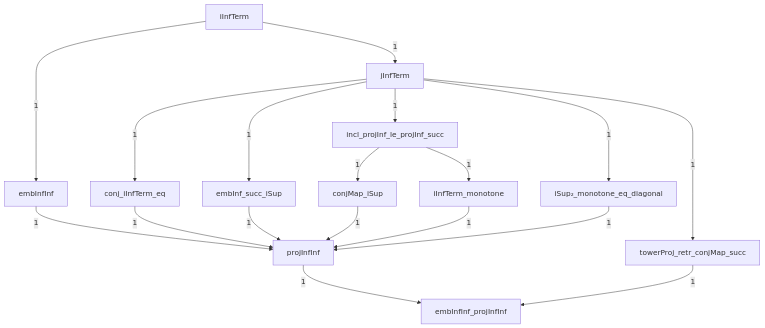
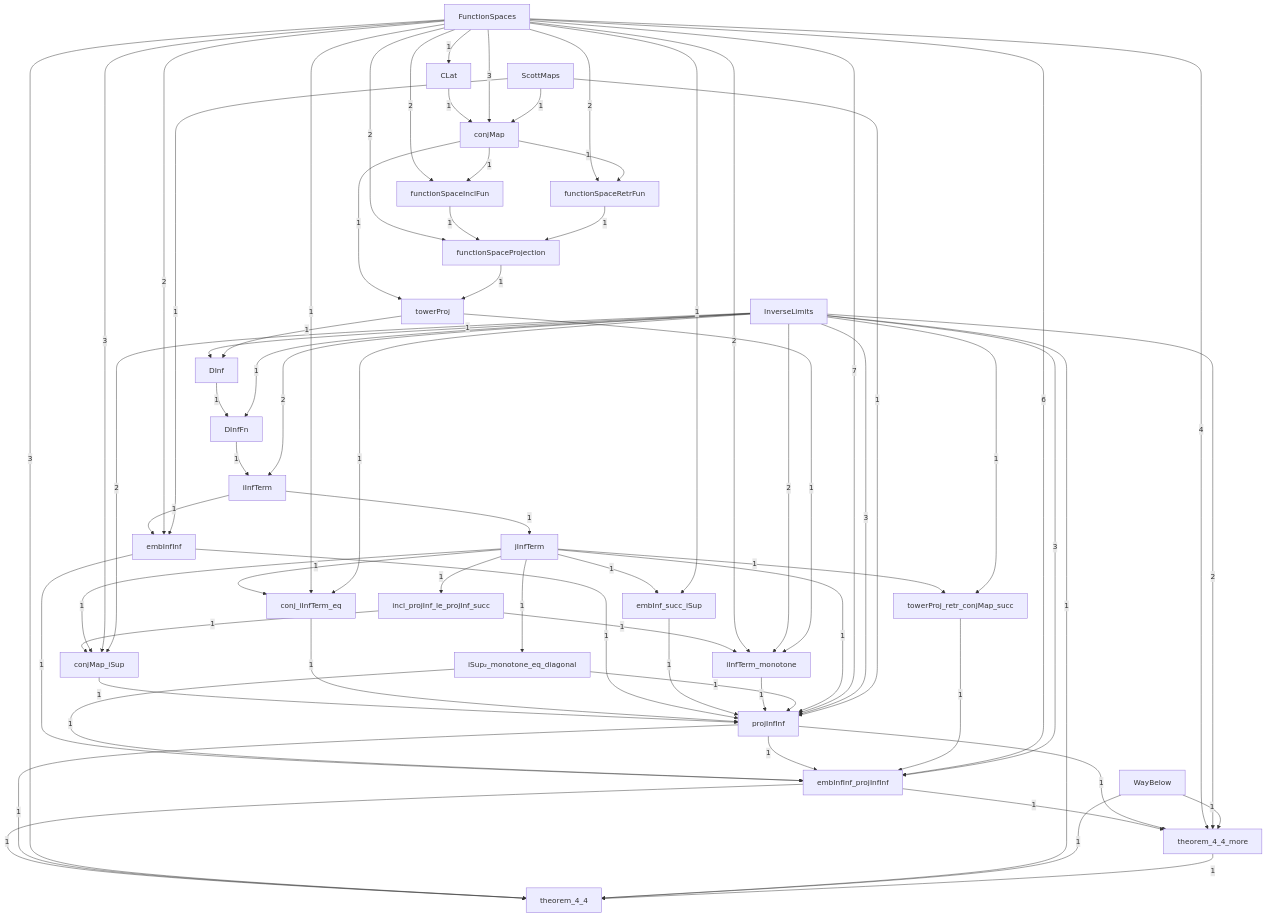
The diagram in DomainTheory/ContinuousLattice/FunctionSpaceTower/1972_Limit_function_space_inverse.mermaid (catskillsresearch/DomainTheory), drawn with Mermaid before and after one commit. The commit also changed 54 other files, not shown here.

```diff
--- a/DomainTheory/ContinuousLattice/FunctionSpaceTower/1972_Limit_function_space_inverse.mermaid
+++ b/DomainTheory/ContinuousLattice/FunctionSpaceTower/1972_Limit_function_space_inverse.mermaid
@@ -1,35 +1,102 @@
-%% Lean files imported under this note.
-%% Arrowhead on the importer. The number is a direct-import count.
-%% An arrow already implied by a longer path is omitted.
+%% Inside FunctionSpaceTower. A box is one Lean file in this folder, or one subfolder.
+%% A box named as another folder is that whole folder. A box named as another chapter is that whole chapter.
+%% The arrowhead points at the file or folder that imports. The label is how many direct imports.
 flowchart TB
 
+  CLat["CLat"]
   FunctionSpaceTower_conj_iInfTerm_eq["conj_iInfTerm_eq"]
+  conjMap["conjMap"]
   FunctionSpaceTower_conjMap_iSup["conjMap_iSup"]
+  DInf["DInf"]
+  DInfFn["DInfFn"]
   FunctionSpaceTower_embInf_succ_iSup["embInf_succ_iSup"]
   FunctionSpaceTower_embInfInf["embInfInf"]
   FunctionSpaceTower_embInfInf_projInfInf["embInfInf_projInfInf"]
+  functionSpaceInclFun["functionSpaceInclFun"]
+  functionSpaceProjection["functionSpaceProjection"]
+  functionSpaceRetrFun["functionSpaceRetrFun"]
+  FunctionSpaces["FunctionSpaces"]
   FunctionSpaceTower_iInfTerm["iInfTerm"]
   FunctionSpaceTower_iInfTerm_monotone["iInfTerm_monotone"]
   FunctionSpaceTower_incl_projInf_le_projInf_succ["incl_projInf_le_projInf_succ"]
+  InverseLimits["InverseLimits"]
   FunctionSpaceTower_iSup__monotone_eq_diagonal["iSup₂_monotone_eq_diagonal"]
   FunctionSpaceTower_jInfTerm["jInfTerm"]
   FunctionSpaceTower_projInfInf["projInfInf"]
+  ScottMaps["ScottMaps"]
+  theorem_4_4["theorem_4_4"]
+  theorem_4_4_more["theorem_4_4_more"]
+  towerProj["towerProj"]
   FunctionSpaceTower_towerProj_retr_conjMap_succ["towerProj_retr_conjMap_succ"]
+  WayBelow["WayBelow"]
 
+  FunctionSpaces -->|"1"| CLat
+  InverseLimits -->|"1"| DInf
+  towerProj -->|"1"| DInf
+  DInf -->|"1"| DInfFn
+  InverseLimits -->|"1"| DInfFn
+  FunctionSpaceTower_incl_projInf_le_projInf_succ -->|"1"| FunctionSpaceTower_conjMap_iSup
+  FunctionSpaceTower_jInfTerm -->|"1"| FunctionSpaceTower_conjMap_iSup
+  FunctionSpaces -->|"3"| FunctionSpaceTower_conjMap_iSup
+  InverseLimits -->|"2"| FunctionSpaceTower_conjMap_iSup
   FunctionSpaceTower_jInfTerm -->|"1"| FunctionSpaceTower_conj_iInfTerm_eq
-  FunctionSpaceTower_incl_projInf_le_projInf_succ -->|"1"| FunctionSpaceTower_conjMap_iSup
-  FunctionSpaceTower_jInfTerm -->|"1"| FunctionSpaceTower_embInf_succ_iSup
+  FunctionSpaces -->|"1"| FunctionSpaceTower_conj_iInfTerm_eq
+  InverseLimits -->|"1"| FunctionSpaceTower_conj_iInfTerm_eq
   FunctionSpaceTower_iInfTerm -->|"1"| FunctionSpaceTower_embInfInf
+  FunctionSpaces -->|"2"| FunctionSpaceTower_embInfInf
+  ScottMaps -->|"1"| FunctionSpaceTower_embInfInf
+  FunctionSpaceTower_embInfInf -->|"1"| FunctionSpaceTower_embInfInf_projInfInf
+  FunctionSpaceTower_iSup__monotone_eq_diagonal -->|"1"| FunctionSpaceTower_embInfInf_projInfInf
   FunctionSpaceTower_projInfInf -->|"1"| FunctionSpaceTower_embInfInf_projInfInf
   FunctionSpaceTower_towerProj_retr_conjMap_succ -->|"1"| FunctionSpaceTower_embInfInf_projInfInf
+  FunctionSpaces -->|"6"| FunctionSpaceTower_embInfInf_projInfInf
+  InverseLimits -->|"3"| FunctionSpaceTower_embInfInf_projInfInf
+  FunctionSpaceTower_jInfTerm -->|"1"| FunctionSpaceTower_embInf_succ_iSup
+  FunctionSpaces -->|"1"| FunctionSpaceTower_embInf_succ_iSup
+  DInfFn -->|"1"| FunctionSpaceTower_iInfTerm
+  InverseLimits -->|"2"| FunctionSpaceTower_iInfTerm
   FunctionSpaceTower_incl_projInf_le_projInf_succ -->|"1"| FunctionSpaceTower_iInfTerm_monotone
+  FunctionSpaces -->|"2"| FunctionSpaceTower_iInfTerm_monotone
+  InverseLimits -->|"2"| FunctionSpaceTower_iInfTerm_monotone
+  towerProj -->|"1"| FunctionSpaceTower_iInfTerm_monotone
+  FunctionSpaceTower_jInfTerm -->|"1"| FunctionSpaceTower_iSup__monotone_eq_diagonal
   FunctionSpaceTower_jInfTerm -->|"1"| FunctionSpaceTower_incl_projInf_le_projInf_succ
-  FunctionSpaceTower_jInfTerm -->|"1"| FunctionSpaceTower_iSup__monotone_eq_diagonal
   FunctionSpaceTower_iInfTerm -->|"1"| FunctionSpaceTower_jInfTerm
+  FunctionSpaceTower_conjMap_iSup -->|"1"| FunctionSpaceTower_projInfInf
   FunctionSpaceTower_conj_iInfTerm_eq -->|"1"| FunctionSpaceTower_projInfInf
-  FunctionSpaceTower_conjMap_iSup -->|"1"| FunctionSpaceTower_projInfInf
+  FunctionSpaceTower_embInfInf -->|"1"| FunctionSpaceTower_projInfInf
   FunctionSpaceTower_embInf_succ_iSup -->|"1"| FunctionSpaceTower_projInfInf
-  FunctionSpaceTower_embInfInf -->|"1"| FunctionSpaceTower_projInfInf
   FunctionSpaceTower_iInfTerm_monotone -->|"1"| FunctionSpaceTower_projInfInf
   FunctionSpaceTower_iSup__monotone_eq_diagonal -->|"1"| FunctionSpaceTower_projInfInf
+  FunctionSpaceTower_jInfTerm -->|"1"| FunctionSpaceTower_projInfInf
+  FunctionSpaces -->|"7"| FunctionSpaceTower_projInfInf
+  InverseLimits -->|"3"| FunctionSpaceTower_projInfInf
+  ScottMaps -->|"1"| FunctionSpaceTower_projInfInf
   FunctionSpaceTower_jInfTerm -->|"1"| FunctionSpaceTower_towerProj_retr_conjMap_succ
+  InverseLimits -->|"1"| FunctionSpaceTower_towerProj_retr_conjMap_succ
+  CLat -->|"1"| conjMap
+  FunctionSpaces -->|"3"| conjMap
+  ScottMaps -->|"1"| conjMap
+  FunctionSpaces -->|"2"| functionSpaceInclFun
+  conjMap -->|"1"| functionSpaceInclFun
+  FunctionSpaces -->|"2"| functionSpaceProjection
+  functionSpaceInclFun -->|"1"| functionSpaceProjection
+  functionSpaceRetrFun -->|"1"| functionSpaceProjection
+  FunctionSpaces -->|"2"| functionSpaceRetrFun
+  conjMap -->|"1"| functionSpaceRetrFun
+  FunctionSpaceTower_embInfInf_projInfInf -->|"1"| theorem_4_4
+  FunctionSpaceTower_projInfInf -->|"1"| theorem_4_4
+  FunctionSpaces -->|"3"| theorem_4_4
+  InverseLimits -->|"1"| theorem_4_4
+  WayBelow -->|"1"| theorem_4_4
+  theorem_4_4_more -->|"1"| theorem_4_4
+  FunctionSpaceTower_embInfInf_projInfInf -->|"1"| theorem_4_4_more
+  FunctionSpaceTower_projInfInf -->|"1"| theorem_4_4_more
+  FunctionSpaces -->|"4"| theorem_4_4_more
+  InverseLimits -->|"2"| theorem_4_4_more
+  WayBelow -->|"1"| theorem_4_4_more
+  conjMap -->|"1"| towerProj
+  functionSpaceProjection -->|"1"| towerProj
+
+  classDef file fill:#dbeafe,stroke:#1d4ed8,color:#1e3a8a
+  classDef ext fill:#f3f4f6,stroke:#374151,color:#111827
```
